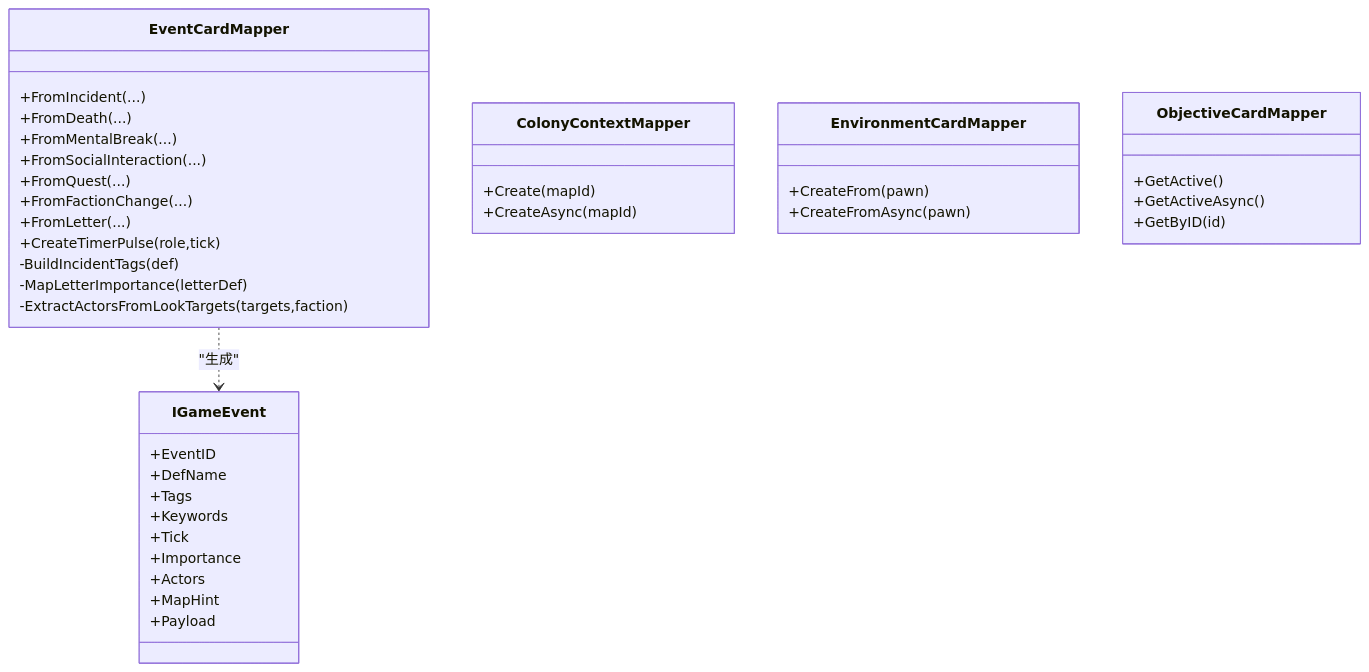
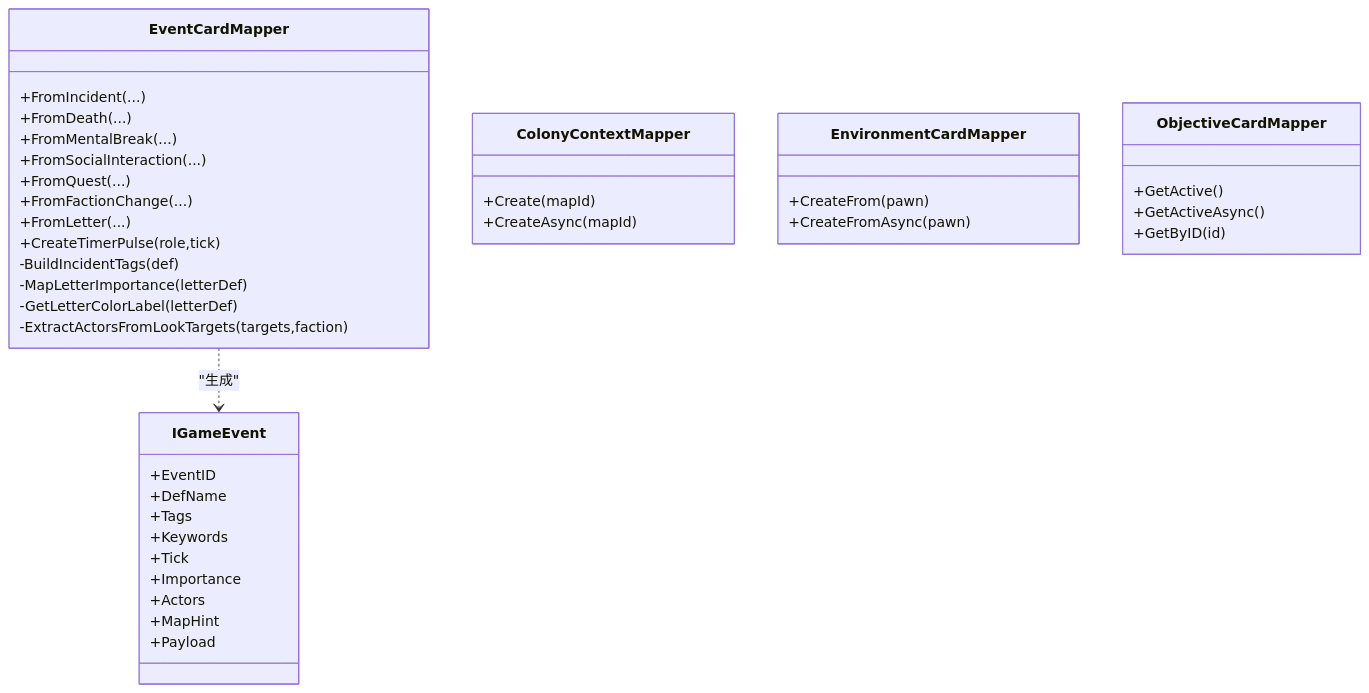
The fifth of 9 diagrams in .qoder/repowiki/zh/content/事件系统集成.md (suzvka/RimLife), drawn with Mermaid before and after one commit. The commit also changed other lines of this file and 35 other files, not shown here.

````diff
--- a/.qoder/repowiki/zh/content/事件系统集成.md
+++ b/.qoder/repowiki/zh/content/事件系统集成.md
@@ -255,41 +259,42 @@
 ```mermaid
 classDiagram
 class EventCardMapper {
 +FromIncident(...)
 +FromDeath(...)
 +FromMentalBreak(...)
 +FromSocialInteraction(...)
 +FromQuest(...)
 +FromFactionChange(...)
 +FromLetter(...)
 +CreateTimerPulse(role,tick)
 -BuildIncidentTags(def)
 -MapLetterImportance(letterDef)
+-GetLetterColorLabel(letterDef)
 -ExtractActorsFromLookTargets(targets,faction)
 }
 class ColonyContextMapper {
 +Create(mapId)
 +CreateAsync(mapId)
 }
 class EnvironmentCardMapper {
 +CreateFrom(pawn)
 +CreateFromAsync(pawn)
 }
 class ObjectiveCardMapper {
 +GetActive()
 +GetActiveAsync()
 +GetByID(id)
 }
 class IGameEvent {
 +EventID
 +DefName
 +Tags
 +Keywords
 +Tick
 +Importance
 +Actors
 +MapHint
 +Payload
 }
 EventCardMapper ..> IGameEvent : "生成"
 ```
````
